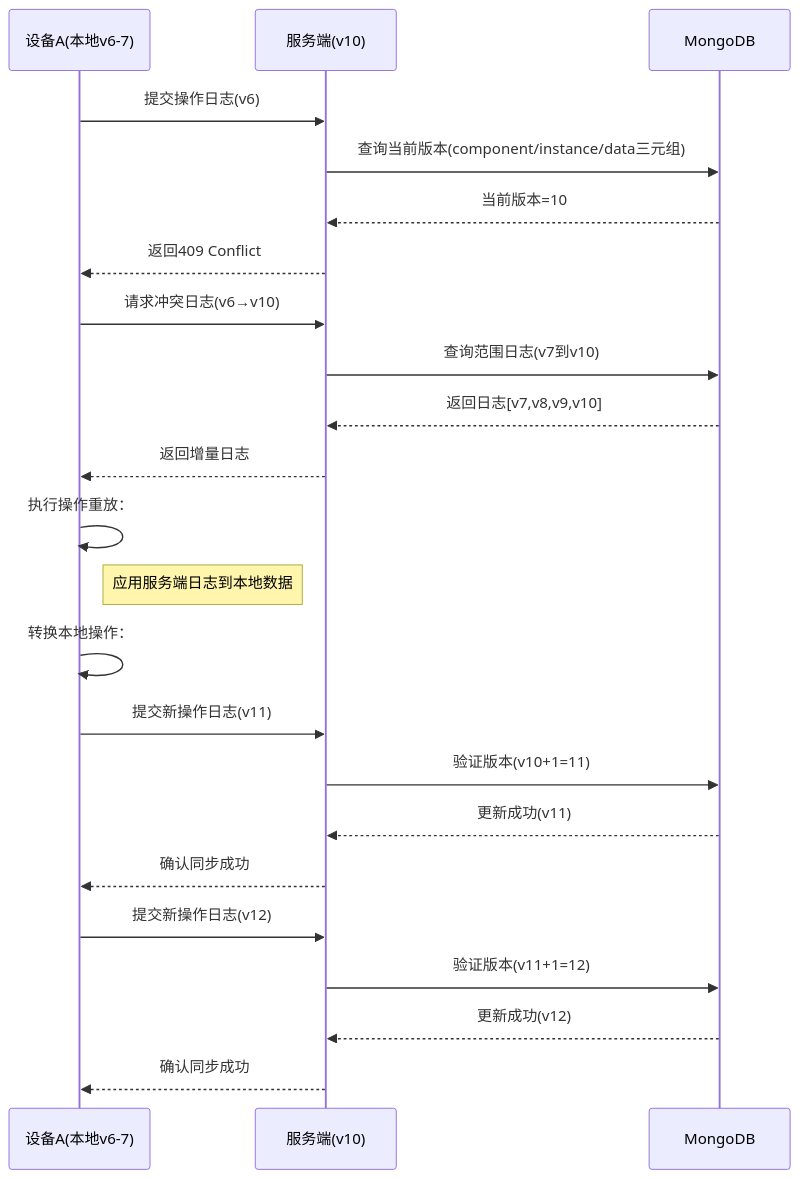
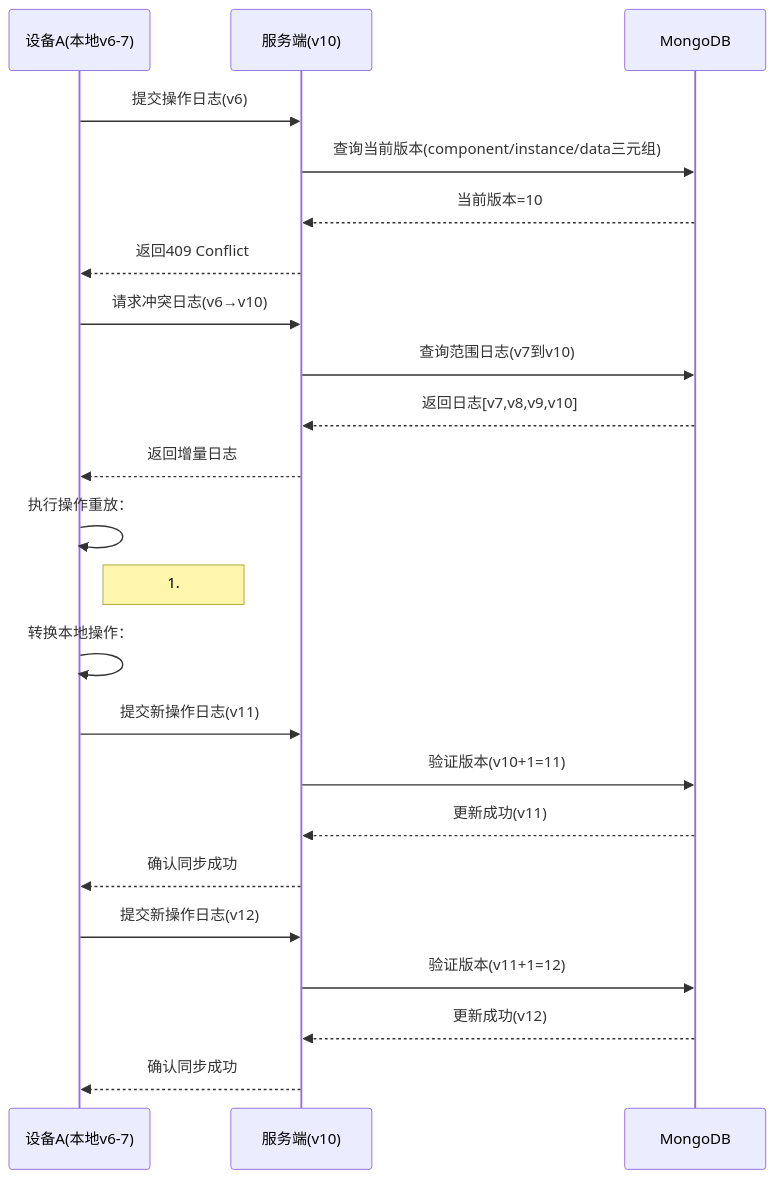
The diagram in all/未命名-26.md (yingjianzh/iodraw-files), drawn with Mermaid before and after one commit.

Commit message:
2025-02-26 16:14:23 update

````diff
--- a/all/未命名-26.md
+++ b/all/未命名-26.md
@@ -1,38 +1,38 @@
 ```mermaid
 sequenceDiagram
     participant A as 设备A(本地v6-7)
     participant S as 服务端(v10)
     participant DB as MongoDB
 
     %% 初始同步尝试
     A->>S: 提交操作日志(v6)
     S->>DB: 查询当前版本(component/instance/data三元组)
     DB-->>S: 当前版本=10
     S-->>A: 返回409 Conflict
 
     %% 冲突解决阶段
     A->>S: 请求冲突日志(v6→v10)
     S->>DB: 查询范围日志(v7到v10)
     DB-->>S: 返回日志[v7,v8,v9,v10]
     S-->>A: 返回增量日志
 
     %% 本地数据重建
     A->>A: 执行操作重放：
-        note right of A: 应用服务端日志到本地数据
+    note right of A: 1.
 
 
     %% 本地操作转换
     A->>A: 转换本地操作：
     
 
     %% 重新提交
     A->>S: 提交新操作日志(v11)
     S->>DB: 验证版本(v10+1=11)
     DB-->>S: 更新成功(v11)
     S-->>A: 确认同步成功
 
     A->>S: 提交新操作日志(v12)
     S->>DB: 验证版本(v11+1=12)
     DB-->>S: 更新成功(v12)
     S-->>A: 确认同步成功
 ```
````
